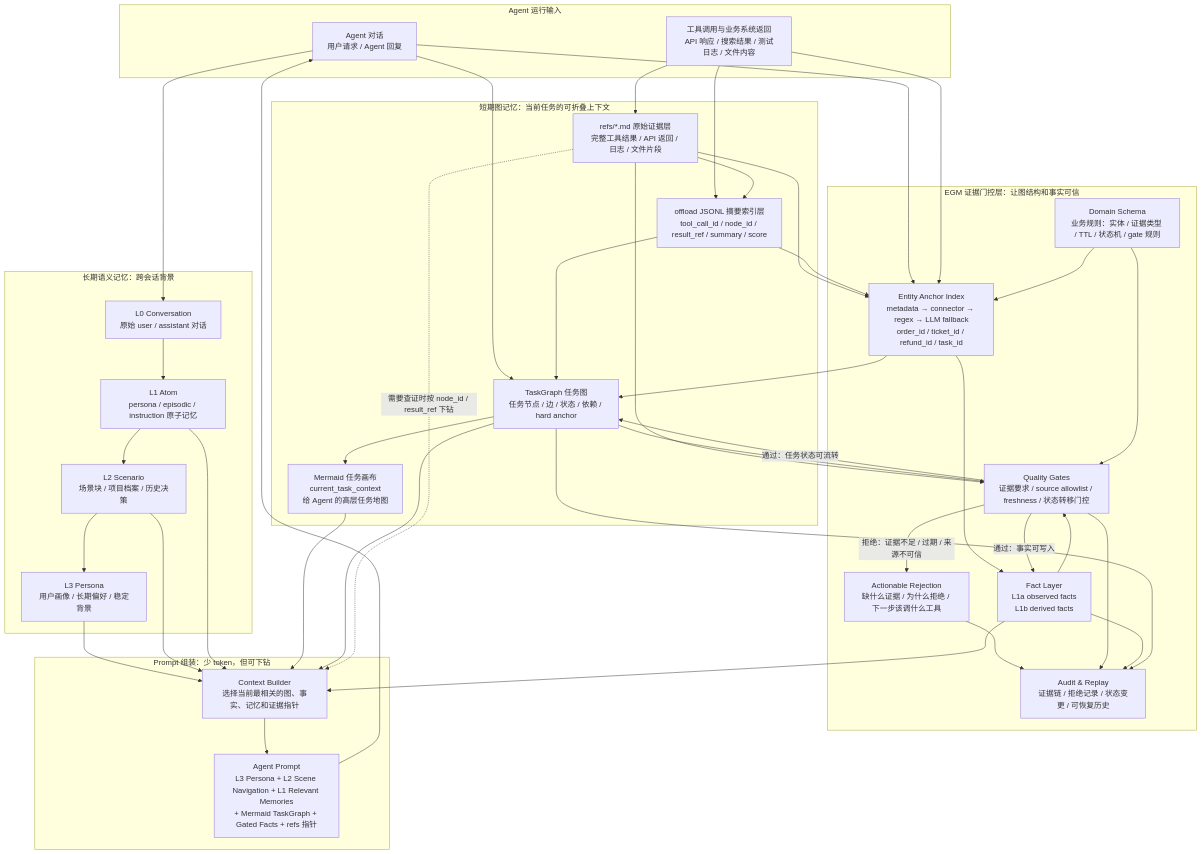
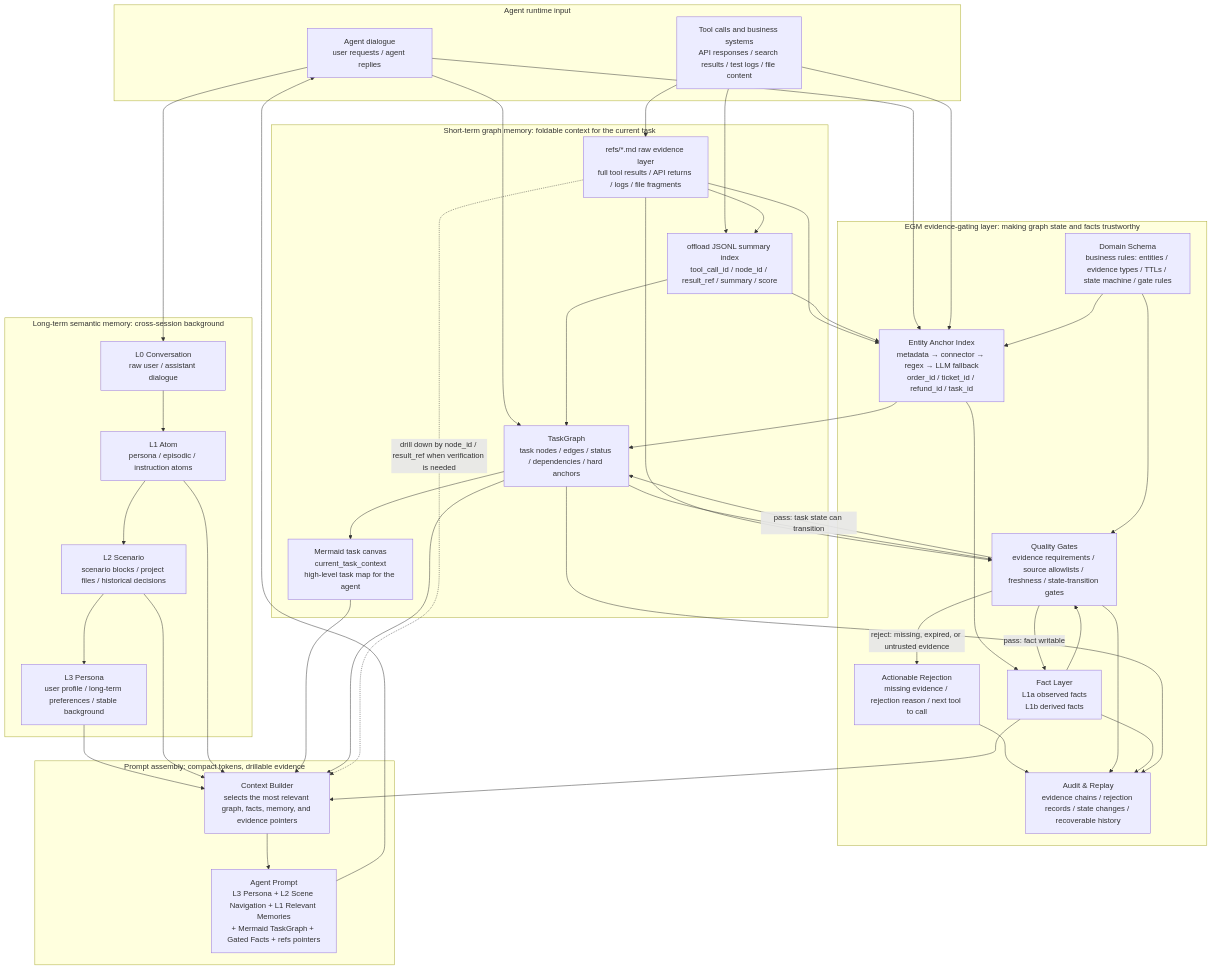
One commit to yushui2022/Evidence-Gated-Memory changed the diagram in README.md. Above: the diagram before and after it, drawn with Mermaid. The commit also changed other lines of this file and 11 other files, not shown here.

Commit message:
Architecture at a glance

````diff
--- a/README.md
+++ b/README.md
@@ -52,81 +38,81 @@
 ```mermaid
 flowchart TD
-    subgraph INPUT["Agent 运行输入"]
-        A["Agent 对话<br/>用户请求 / Agent 回复"]
-        T["工具调用与业务系统返回<br/>API 响应 / 搜索结果 / 测试日志 / 文件内容"]
+    subgraph INPUT["Agent runtime input"]
+        A["Agent dialogue<br/>user requests / agent replies"]
+        T["Tool calls and business systems<br/>API responses / search results / test logs / file content"]
     end
 
-    subgraph SHORT["短期图记忆：当前任务的可折叠上下文"]
-        R["refs/*.md 原始证据层<br/>完整工具结果 / API 返回 / 日志 / 文件片段"]
-        O["offload JSONL 摘要索引层<br/>tool_call_id / node_id / result_ref / summary / score"]
-        G["TaskGraph 任务图<br/>任务节点 / 边 / 状态 / 依赖 / hard anchor"]
-        M["Mermaid 任务画布<br/>current_task_context<br/>给 Agent 的高层任务地图"]
+    subgraph SHORT["Short-term graph memory: foldable context for the current task"]
+        R["refs/*.md raw evidence layer<br/>full tool results / API returns / logs / file fragments"]
+        O["offload JSONL summary index<br/>tool_call_id / node_id / result_ref / summary / score"]
+        G["TaskGraph<br/>task nodes / edges / status / dependencies / hard anchors"]
+        M["Mermaid task canvas<br/>current_task_context<br/>high-level task map for the agent"]
     end
 
-    subgraph LONG["长期语义记忆：跨会话背景"]
-        L0["L0 Conversation<br/>原始 user / assistant 对话"]
-        L1["L1 Atom<br/>persona / episodic / instruction 原子记忆"]
-        L2["L2 Scenario<br/>场景块 / 项目档案 / 历史决策"]
-        L3["L3 Persona<br/>用户画像 / 长期偏好 / 稳定背景"]
+    subgraph LONG["Long-term semantic memory: cross-session background"]
+        L0["L0 Conversation<br/>raw user / assistant dialogue"]
+        L1["L1 Atom<br/>persona / episodic / instruction atoms"]
+        L2["L2 Scenario<br/>scenario blocks / project files / historical decisions"]
+        L3["L3 Persona<br/>user profile / long-term preferences / stable background"]
     end
 
-    subgraph EGM["EGM 证据门控层：让图结构和事实可信"]
-        S["Domain Schema<br/>业务规则：实体 / 证据类型 / TTL / 状态机 / gate 规则"]
+    subgraph EGM["EGM evidence-gating layer: making graph state and facts trustworthy"]
+        S["Domain Schema<br/>business rules: entities / evidence types / TTLs / state machine / gate rules"]
         E["Entity Anchor Index<br/>metadata → connector → regex → LLM fallback<br/>order_id / ticket_id / refund_id / task_id"]
         F["Fact Layer<br/>L1a observed facts<br/>L1b derived facts"]
-        Q["Quality Gates<br/>证据要求 / source allowlist / freshness / 状态转移门控"]
-        X["Actionable Rejection<br/>缺什么证据 / 为什么拒绝 / 下一步该调什么工具"]
-        AU["Audit & Replay<br/>证据链 / 拒绝记录 / 状态变更 / 可恢复历史"]
+        Q["Quality Gates<br/>evidence requirements / source allowlists / freshness / state-transition gates"]
+        X["Actionable Rejection<br/>missing evidence / rejection reason / next tool to call"]
+        AU["Audit & Replay<br/>evidence chains / rejection records / state changes / recoverable history"]
     end
 
-    subgraph PROMPT["Prompt 组装：少 token，但可下钻"]
-        C["Context Builder<br/>选择当前最相关的图、事实、记忆和证据指针"]
-        P["Agent Prompt<br/>L3 Persona + L2 Scene Navigation + L1 Relevant Memories<br/>+ Mermaid TaskGraph + Gated Facts + refs 指针"]
+    subgraph PROMPT["Prompt assembly: compact tokens, drillable evidence"]
+        C["Context Builder<br/>selects the most relevant graph, facts, memory, and evidence pointers"]
+        P["Agent Prompt<br/>L3 Persona + L2 Scene Navigation + L1 Relevant Memories<br/>+ Mermaid TaskGraph + Gated Facts + refs pointers"]
     end
 
     A --> L0
     A --> G
 
     T --> R
     T --> O
     R --> O
     O --> G
     G --> M
 
     L0 --> L1
     L1 --> L2
     L2 --> L3
 
     A --> E
     T --> E
     R --> E
     O --> E
     E --> G
     E --> F
 
     S --> E
     S --> Q
 
     R --> Q
     F --> Q
     G --> Q
 
-    Q -->|"通过：事实可写入"| F
-    Q -->|"通过：任务状态可流转"| G
-    Q -->|"拒绝：证据不足 / 过期 / 来源不可信"| X
+    Q -->|"pass: fact writable"| F
+    Q -->|"pass: task state can transition"| G
+    Q -->|"reject: missing, expired, or untrusted evidence"| X
     X --> AU
     Q --> AU
     F --> AU
     G --> AU
 
     L3 --> C
     L2 --> C
     L1 --> C
     M --> C
     G --> C
     F --> C
-    R -. "需要查证时按 node_id / result_ref 下钻" .-> C
+    R -. "drill down by node_id / result_ref when verification is needed" .-> C
 
     C --> P
     P --> A
 ```
````
